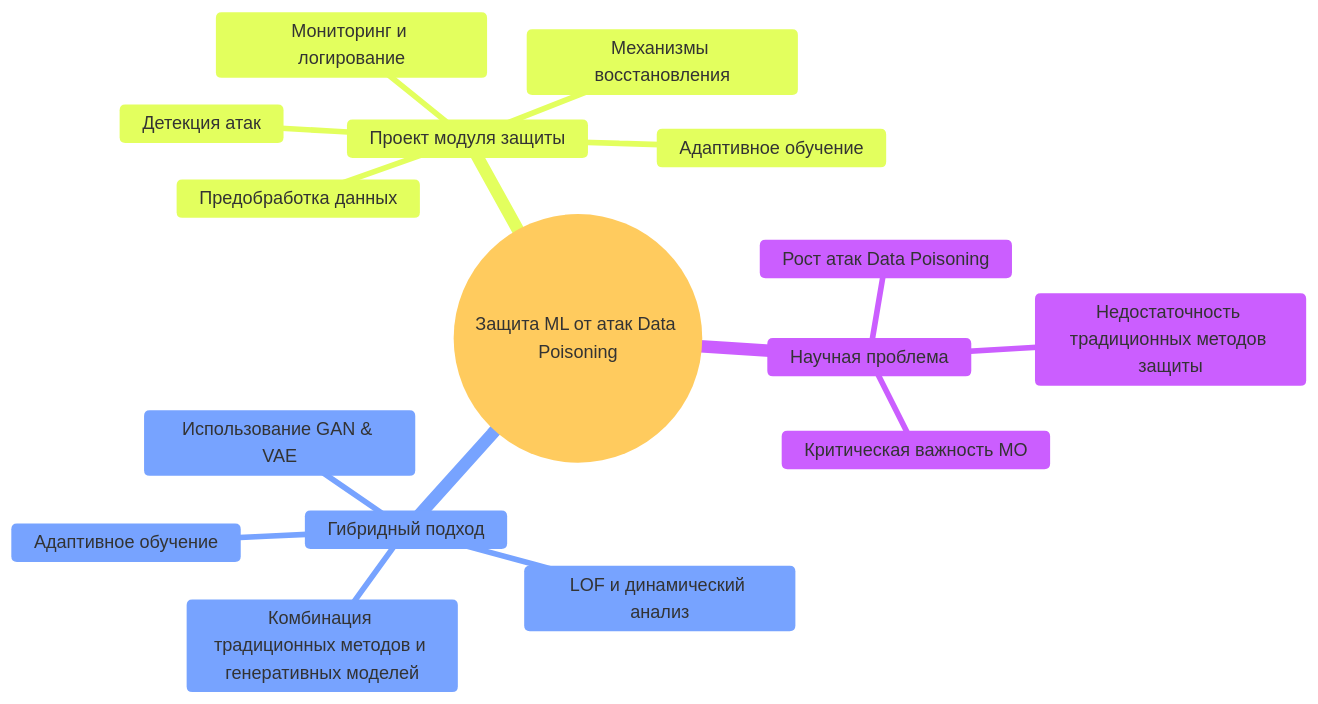
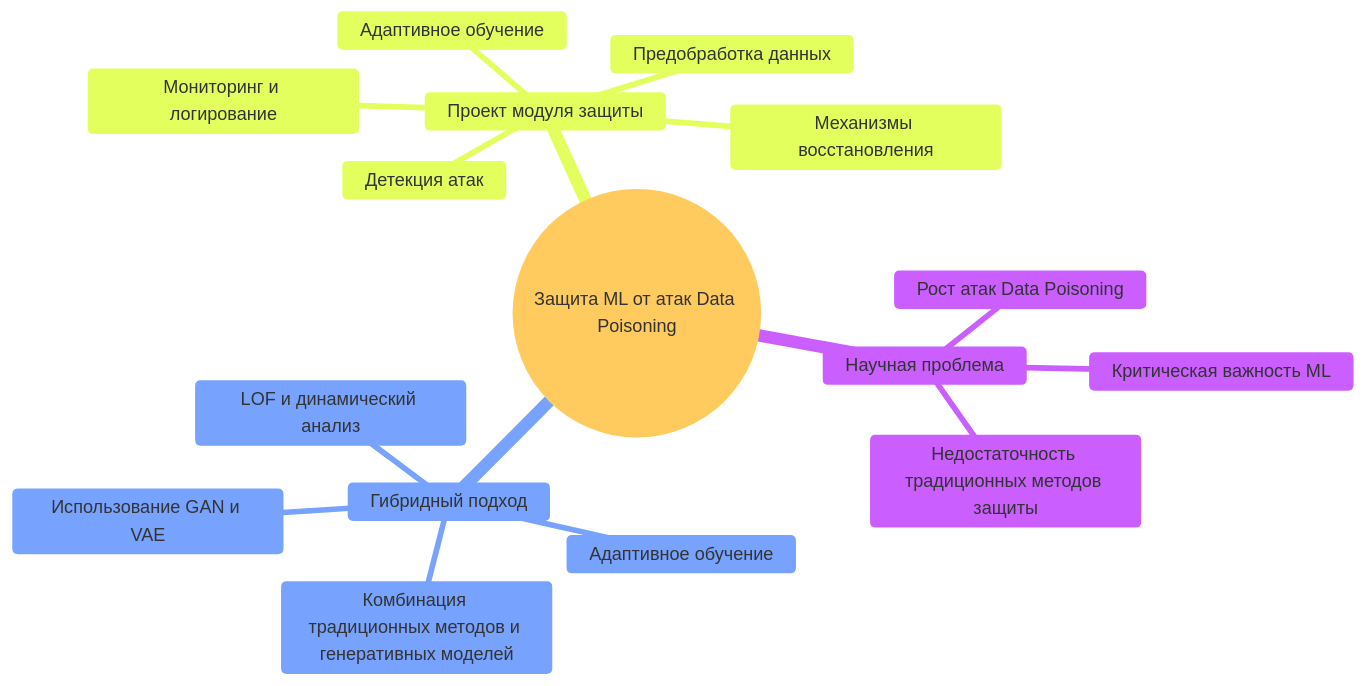
One commit to PanOlifer/Hybrid-Anomaly-Detection-Adaptive-Model-Training-HADAMT changed the diagram in README.md. Above: the diagram before and after it, drawn with Mermaid.

````diff
--- a/README.md
+++ b/README.md
@@ -175,20 +175,20 @@
 ```mermaid
 %%{init: {'theme': 'base', 'themeVariables': {'background': '#ffffff'}}}%%
 mindmap
   root((Защита ML от атак Data Poisoning))
     Научная проблема
       Рост атак Data Poisoning
-      Критическая важность МО
+      Критическая важность ML
       Недостаточность традиционных методов защиты
     Гибридный подход
       Комбинация традиционных методов и генеративных моделей
-      Использование GAN & VAE
+      Использование GAN и VAE
       LOF и динамический анализ
       Адаптивное обучение
     Проект модуля защиты
       Предобработка данных
       Детекция атак
       Адаптивное обучение
       Механизмы восстановления
       Мониторинг и логирование
 ```
````
